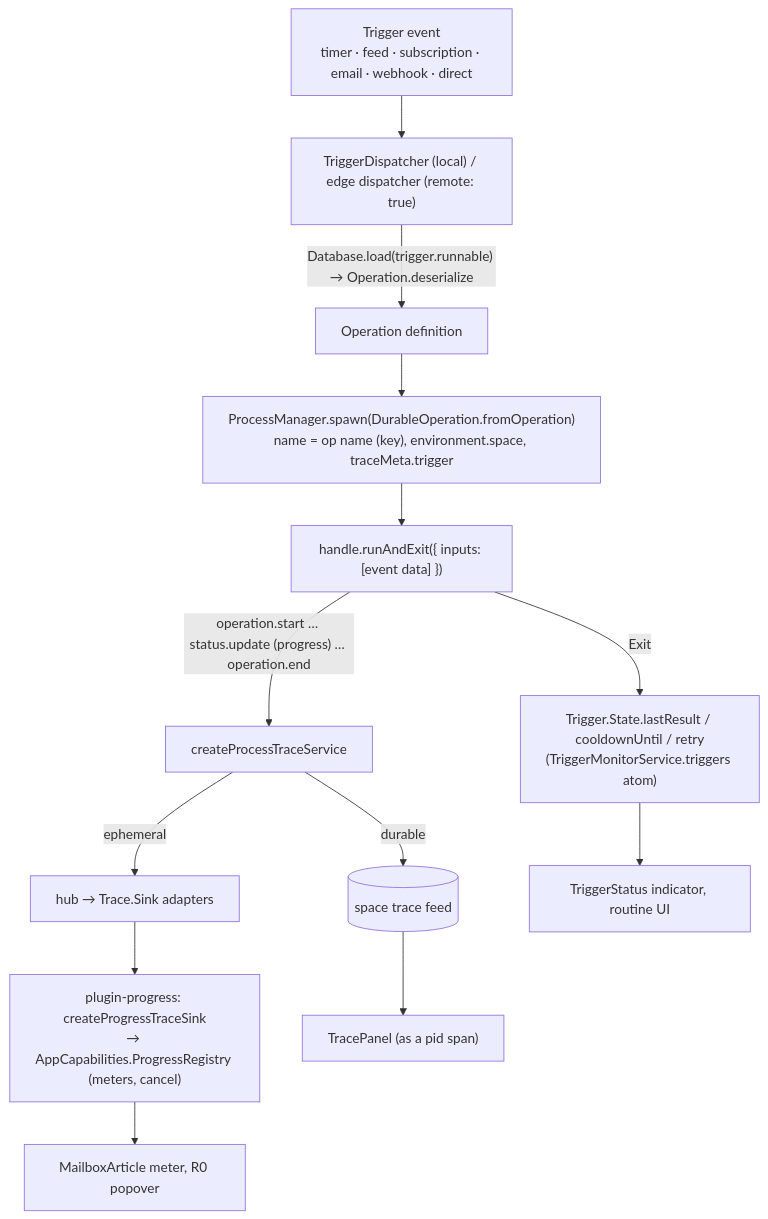
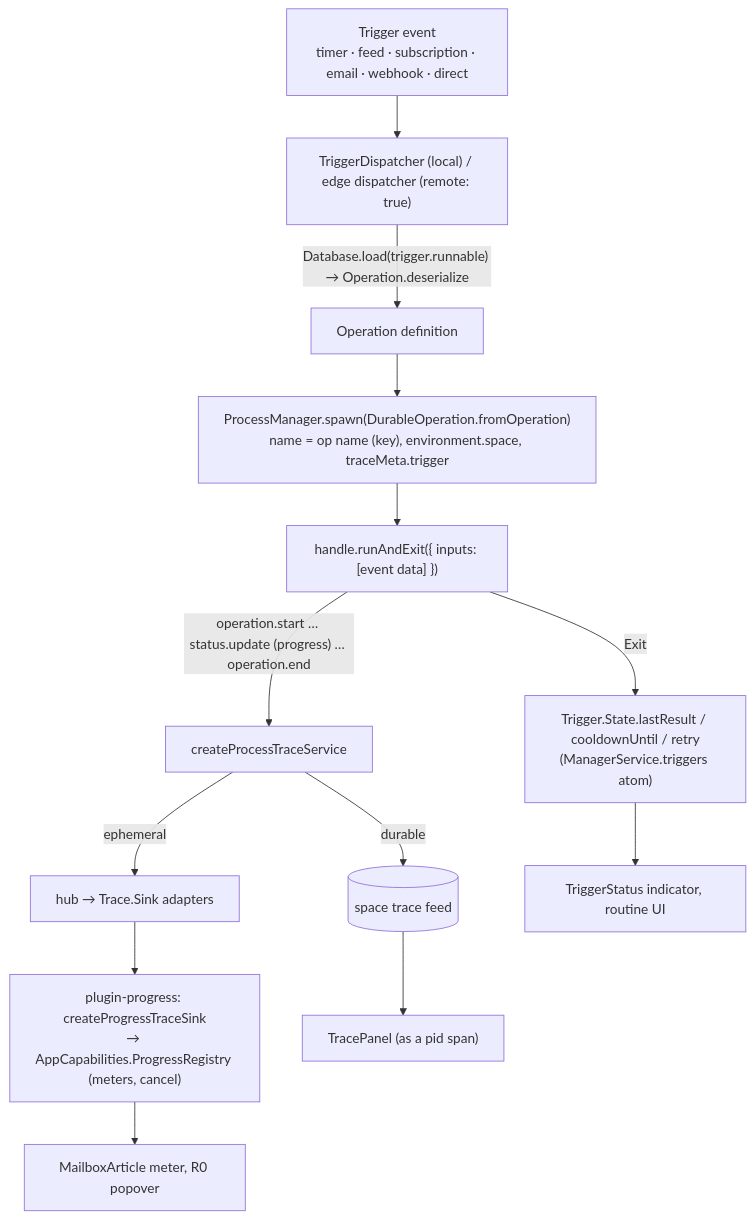
One commit to dxos/dxos changed the fourth of 9 diagrams in packages/plugins/plugin-assistant/docs/ACTIVITY.md. Above: the diagram before and after it, drawn with Mermaid. The commit also changed other lines of this file and 14 other files, not shown here.

First line of the commit message:
compute: rename Trigger.Monitor to Trigger.Manager

````diff
--- a/packages/plugins/plugin-assistant/docs/ACTIVITY.md
+++ b/packages/plugins/plugin-assistant/docs/ACTIVITY.md
@@ -271,15 +271,15 @@
 ```mermaid
 flowchart TB
   EV["Trigger event<br/>timer · feed · subscription · email · webhook · direct"] --> TD
   TD["TriggerDispatcher (local) / edge dispatcher (remote: true)"] -->|"Database.load(trigger.runnable) → Operation.deserialize"| DEF[Operation definition]
   DEF --> SP["ProcessManager.spawn(DurableOperation.fromOperation)<br/>name = op name (key), environment.space, traceMeta.trigger"]
   SP --> RUN["handle.runAndExit({ inputs: [event data] })"]
   RUN -->|"operation.start … status.update (progress) … operation.end"| TS[createProcessTraceService]
   TS -->|durable| FEED[("space trace feed")]
   TS -->|ephemeral| HUB["hub → Trace.Sink adapters"]
   HUB --> PR["plugin-progress: createProgressTraceSink<br/>→ AppCapabilities.ProgressRegistry (meters, cancel)"]
-  RUN -->|Exit| ST["Trigger.State.lastResult / cooldownUntil / retry<br/>(TriggerMonitorService.triggers atom)"]
+  RUN -->|Exit| ST["Trigger.State.lastResult / cooldownUntil / retry<br/>(ManagerService.triggers atom)"]
   ST --> TSTAT["TriggerStatus indicator, routine UI"]
   FEED --> TP["TracePanel (as a pid span)"]
   PR --> METER["MailboxArticle meter, R0 popover"]
 ```
````
